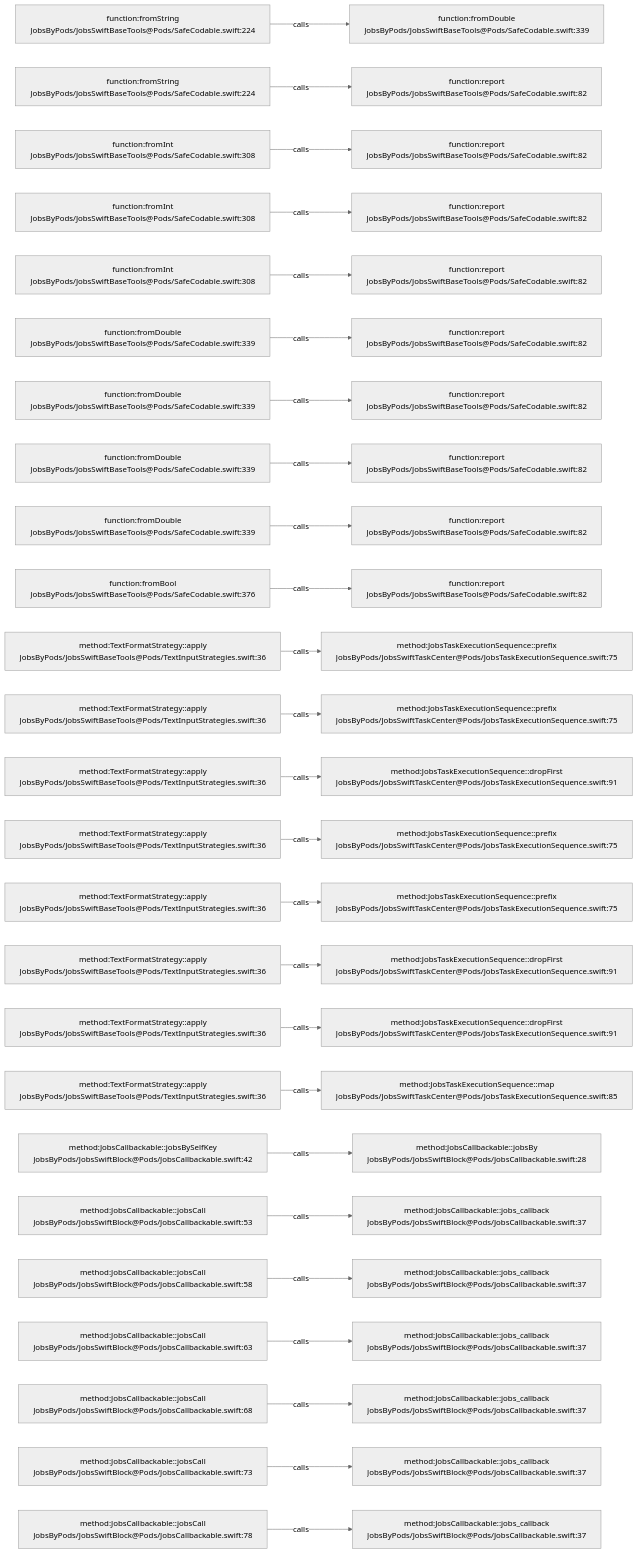
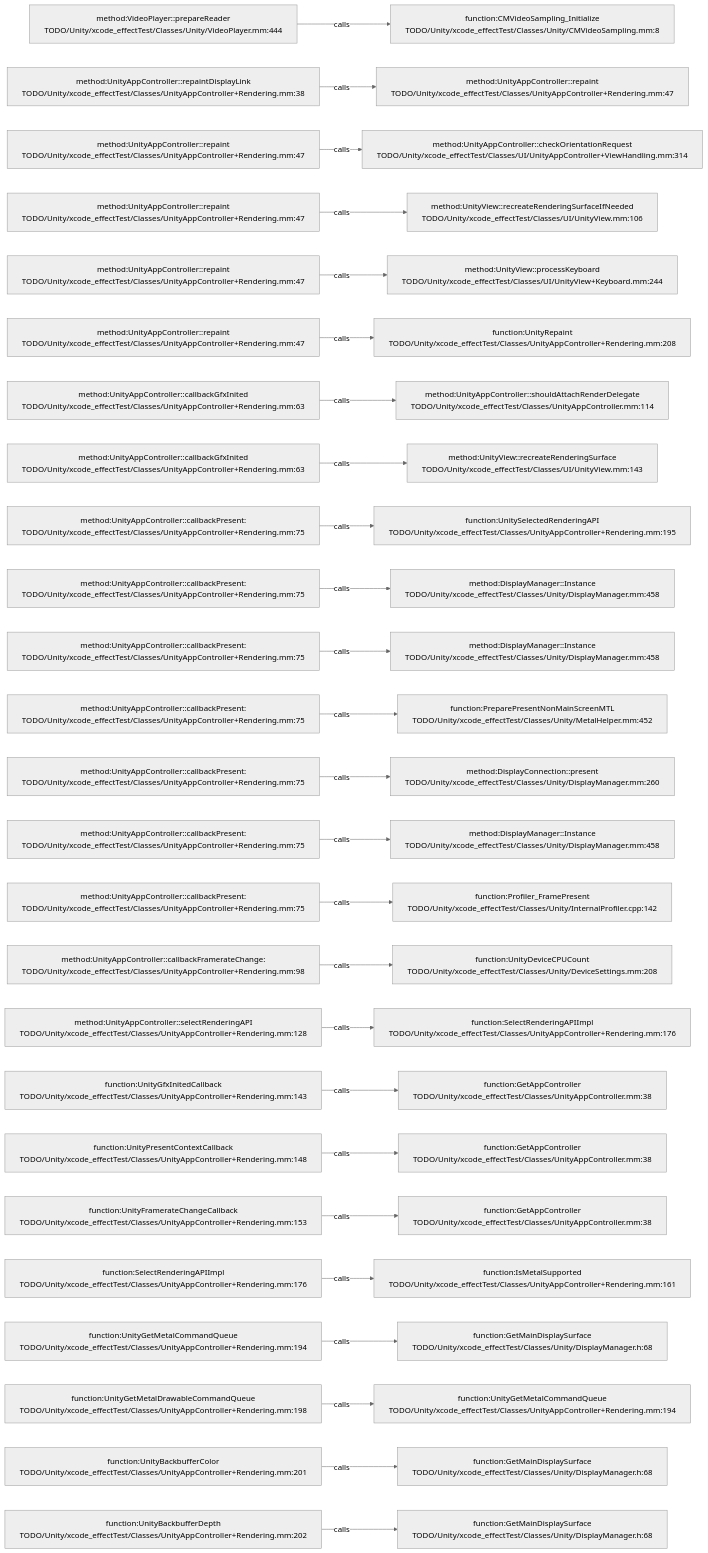
Before and after one commit to JobsKits/JobsSwiftBaseConfigDemo: the diagram in .codegraph/codegraph.md/graphs/calls-047.md, drawn with Mermaid (neutral theme). The commit also changed 227 other files, not shown here.

````diff
--- a/.codegraph/codegraph.md/graphs/calls-047.md
+++ b/.codegraph/codegraph.md/graphs/calls-047.md
@@ -13,78 +13,78 @@
 ```mermaid
 flowchart LR
-  S1["function:fromString<br/>JobsByPods/JobsSwiftBaseTools@Pods/SafeCodable.swift:224"]
-  T1["function:fromDouble<br/>JobsByPods/JobsSwiftBaseTools@Pods/SafeCodable.swift:339"]
+  S1["method:VideoPlayer::prepareReader<br/>TODO/Unity/xcode_effectTest/Classes/Unity/VideoPlayer.mm:444"]
+  T1["function:CMVideoSampling_Initialize<br/>TODO/Unity/xcode_effectTest/Classes/Unity/CMVideoSampling.mm:8"]
   S1 -->|calls| T1
-  S2["function:fromString<br/>JobsByPods/JobsSwiftBaseTools@Pods/SafeCodable.swift:224"]
-  T2["function:report<br/>JobsByPods/JobsSwiftBaseTools@Pods/SafeCodable.swift:82"]
+  S2["method:UnityAppController::repaintDisplayLink<br/>TODO/Unity/xcode_effectTest/Classes/UnityAppController+Rendering.mm:38"]
+  T2["method:UnityAppController::repaint<br/>TODO/Unity/xcode_effectTest/Classes/UnityAppController+Rendering.mm:47"]
   S2 -->|calls| T2
-  S3["function:fromInt<br/>JobsByPods/JobsSwiftBaseTools@Pods/SafeCodable.swift:308"]
-  T3["function:report<br/>JobsByPods/JobsSwiftBaseTools@Pods/SafeCodable.swift:82"]
+  S3["method:UnityAppController::repaint<br/>TODO/Unity/xcode_effectTest/Classes/UnityAppController+Rendering.mm:47"]
+  T3["method:UnityAppController::checkOrientationRequest<br/>TODO/Unity/xcode_effectTest/Classes/UI/UnityAppController+ViewHandling.mm:314"]
   S3 -->|calls| T3
-  S4["function:fromInt<br/>JobsByPods/JobsSwiftBaseTools@Pods/SafeCodable.swift:308"]
-  T4["function:report<br/>JobsByPods/JobsSwiftBaseTools@Pods/SafeCodable.swift:82"]
+  S4["method:UnityAppController::repaint<br/>TODO/Unity/xcode_effectTest/Classes/UnityAppController+Rendering.mm:47"]
+  T4["method:UnityView::recreateRenderingSurfaceIfNeeded<br/>TODO/Unity/xcode_effectTest/Classes/UI/UnityView.mm:106"]
   S4 -->|calls| T4
-  S5["function:fromInt<br/>JobsByPods/JobsSwiftBaseTools@Pods/SafeCodable.swift:308"]
-  T5["function:report<br/>JobsByPods/JobsSwiftBaseTools@Pods/SafeCodable.swift:82"]
+  S5["method:UnityAppController::repaint<br/>TODO/Unity/xcode_effectTest/Classes/UnityAppController+Rendering.mm:47"]
+  T5["method:UnityView::processKeyboard<br/>TODO/Unity/xcode_effectTest/Classes/UI/UnityView+Keyboard.mm:244"]
   S5 -->|calls| T5
-  S6["function:fromDouble<br/>JobsByPods/JobsSwiftBaseTools@Pods/SafeCodable.swift:339"]
-  T6["function:report<br/>JobsByPods/JobsSwiftBaseTools@Pods/SafeCodable.swift:82"]
+  S6["method:UnityAppController::repaint<br/>TODO/Unity/xcode_effectTest/Classes/UnityAppController+Rendering.mm:47"]
+  T6["function:UnityRepaint<br/>TODO/Unity/xcode_effectTest/Classes/UnityAppController+Rendering.mm:208"]
   S6 -->|calls| T6
-  S7["function:fromDouble<br/>JobsByPods/JobsSwiftBaseTools@Pods/SafeCodable.swift:339"]
-  T7["function:report<br/>JobsByPods/JobsSwiftBaseTools@Pods/SafeCodable.swift:82"]
+  S7["method:UnityAppController::callbackGfxInited<br/>TODO/Unity/xcode_effectTest/Classes/UnityAppController+Rendering.mm:63"]
+  T7["method:UnityAppController::shouldAttachRenderDelegate<br/>TODO/Unity/xcode_effectTest/Classes/UnityAppController.mm:114"]
   S7 -->|calls| T7
-  S8["function:fromDouble<br/>JobsByPods/JobsSwiftBaseTools@Pods/SafeCodable.swift:339"]
-  T8["function:report<br/>JobsByPods/JobsSwiftBaseTools@Pods/SafeCodable.swift:82"]
+  S8["method:UnityAppController::callbackGfxInited<br/>TODO/Unity/xcode_effectTest/Classes/UnityAppController+Rendering.mm:63"]
+  T8["method:UnityView::recreateRenderingSurface<br/>TODO/Unity/xcode_effectTest/Classes/UI/UnityView.mm:143"]
   S8 -->|calls| T8
-  S9["function:fromDouble<br/>JobsByPods/JobsSwiftBaseTools@Pods/SafeCodable.swift:339"]
-  T9["function:report<br/>JobsByPods/JobsSwiftBaseTools@Pods/SafeCodable.swift:82"]
+  S9["method:UnityAppController::callbackPresent:<br/>TODO/Unity/xcode_effectTest/Classes/UnityAppController+Rendering.mm:75"]
+  T9["function:UnitySelectedRenderingAPI<br/>TODO/Unity/xcode_effectTest/Classes/UnityAppController+Rendering.mm:195"]
   S9 -->|calls| T9
-  S10["function:fromBool<br/>JobsByPods/JobsSwiftBaseTools@Pods/SafeCodable.swift:376"]
-  T10["function:report<br/>JobsByPods/JobsSwiftBaseTools@Pods/SafeCodable.swift:82"]
+  S10["method:UnityAppController::callbackPresent:<br/>TODO/Unity/xcode_effectTest/Classes/UnityAppController+Rendering.mm:75"]
+  T10["method:DisplayManager::Instance<br/>TODO/Unity/xcode_effectTest/Classes/Unity/DisplayManager.mm:458"]
   S10 -->|calls| T10
-  S11["method:TextFormatStrategy::apply<br/>JobsByPods/JobsSwiftBaseTools@Pods/TextInputStrategies.swift:36"]
-  T11["method:JobsTaskExecutionSequence::prefix<br/>JobsByPods/JobsSwiftTaskCenter@Pods/JobsTaskExecutionSequence.swift:75"]
+  S11["method:UnityAppController::callbackPresent:<br/>TODO/Unity/xcode_effectTest/Classes/UnityAppController+Rendering.mm:75"]
+  T11["method:DisplayManager::Instance<br/>TODO/Unity/xcode_effectTest/Classes/Unity/DisplayManager.mm:458"]
   S11 -->|calls| T11
-  S12["method:TextFormatStrategy::apply<br/>JobsByPods/JobsSwiftBaseTools@Pods/TextInputStrategies.swift:36"]
-  T12["method:JobsTaskExecutionSequence::prefix<br/>JobsByPods/JobsSwiftTaskCenter@Pods/JobsTaskExecutionSequence.swift:75"]
+  S12["method:UnityAppController::callbackPresent:<br/>TODO/Unity/xcode_effectTest/Classes/UnityAppController+Rendering.mm:75"]
+  T12["function:PreparePresentNonMainScreenMTL<br/>TODO/Unity/xcode_effectTest/Classes/Unity/MetalHelper.mm:452"]
   S12 -->|calls| T12
-  S13["method:TextFormatStrategy::apply<br/>JobsByPods/JobsSwiftBaseTools@Pods/TextInputStrategies.swift:36"]
-  T13["method:JobsTaskExecutionSequence::dropFirst<br/>JobsByPods/JobsSwiftTaskCenter@Pods/JobsTaskExecutionSequence.swift:91"]
+  S13["method:UnityAppController::callbackPresent:<br/>TODO/Unity/xcode_effectTest/Classes/UnityAppController+Rendering.mm:75"]
+  T13["method:DisplayConnection::present<br/>TODO/Unity/xcode_effectTest/Classes/Unity/DisplayManager.mm:260"]
   S13 -->|calls| T13
-  S14["method:TextFormatStrategy::apply<br/>JobsByPods/JobsSwiftBaseTools@Pods/TextInputStrategies.swift:36"]
-  T14["method:JobsTaskExecutionSequence::prefix<br/>JobsByPods/JobsSwiftTaskCenter@Pods/JobsTaskExecutionSequence.swift:75"]
+  S14["method:UnityAppController::callbackPresent:<br/>TODO/Unity/xcode_effectTest/Classes/UnityAppController+Rendering.mm:75"]
+  T14["method:DisplayManager::Instance<br/>TODO/Unity/xcode_effectTest/Classes/Unity/DisplayManager.mm:458"]
   S14 -->|calls| T14
-  S15["method:TextFormatStrategy::apply<br/>JobsByPods/JobsSwiftBaseTools@Pods/TextInputStrategies.swift:36"]
-  T15["method:JobsTaskExecutionSequence::prefix<br/>JobsByPods/JobsSwiftTaskCenter@Pods/JobsTaskExecutionSequence.swift:75"]
+  S15["method:UnityAppController::callbackPresent:<br/>TODO/Unity/xcode_effectTest/Classes/UnityAppController+Rendering.mm:75"]
+  T15["function:Profiler_FramePresent<br/>TODO/Unity/xcode_effectTest/Classes/Unity/InternalProfiler.cpp:142"]
   S15 -->|calls| T15
-  S16["method:TextFormatStrategy::apply<br/>JobsByPods/JobsSwiftBaseTools@Pods/TextInputStrategies.swift:36"]
-  T16["method:JobsTaskExecutionSequence::dropFirst<br/>JobsByPods/JobsSwiftTaskCenter@Pods/JobsTaskExecutionSequence.swift:91"]
+  S16["method:UnityAppController::callbackFramerateChange:<br/>TODO/Unity/xcode_effectTest/Classes/UnityAppController+Rendering.mm:98"]
+  T16["function:UnityDeviceCPUCount<br/>TODO/Unity/xcode_effectTest/Classes/Unity/DeviceSettings.mm:208"]
   S16 -->|calls| T16
-  S17["method:TextFormatStrategy::apply<br/>JobsByPods/JobsSwiftBaseTools@Pods/TextInputStrategies.swift:36"]
-  T17["method:JobsTaskExecutionSequence::dropFirst<br/>JobsByPods/JobsSwiftTaskCenter@Pods/JobsTaskExecutionSequence.swift:91"]
+  S17["method:UnityAppController::selectRenderingAPI<br/>TODO/Unity/xcode_effectTest/Classes/UnityAppController+Rendering.mm:128"]
+  T17["function:SelectRenderingAPIImpl<br/>TODO/Unity/xcode_effectTest/Classes/UnityAppController+Rendering.mm:176"]
   S17 -->|calls| T17
-  S18["method:TextFormatStrategy::apply<br/>JobsByPods/JobsSwiftBaseTools@Pods/TextInputStrategies.swift:36"]
-  T18["method:JobsTaskExecutionSequence::map<br/>JobsByPods/JobsSwiftTaskCenter@Pods/JobsTaskExecutionSequence.swift:85"]
+  S18["function:UnityGfxInitedCallback<br/>TODO/Unity/xcode_effectTest/Classes/UnityAppController+Rendering.mm:143"]
+  T18["function:GetAppController<br/>TODO/Unity/xcode_effectTest/Classes/UnityAppController.mm:38"]
   S18 -->|calls| T18
-  S19["method:JobsCallbackable::jobsBySelfKey<br/>JobsByPods/JobsSwiftBlock@Pods/JobsCallbackable.swift:42"]
-  T19["method:JobsCallbackable::jobsBy<br/>JobsByPods/JobsSwiftBlock@Pods/JobsCallbackable.swift:28"]
+  S19["function:UnityPresentContextCallback<br/>TODO/Unity/xcode_effectTest/Classes/UnityAppController+Rendering.mm:148"]
+  T19["function:GetAppController<br/>TODO/Unity/xcode_effectTest/Classes/UnityAppController.mm:38"]
   S19 -->|calls| T19
-  S20["method:JobsCallbackable::jobsCall<br/>JobsByPods/JobsSwiftBlock@Pods/JobsCallbackable.swift:53"]
-  T20["method:JobsCallbackable::jobs_callback<br/>JobsByPods/JobsSwiftBlock@Pods/JobsCallbackable.swift:37"]
+  S20["function:UnityFramerateChangeCallback<br/>TODO/Unity/xcode_effectTest/Classes/UnityAppController+Rendering.mm:153"]
+  T20["function:GetAppController<br/>TODO/Unity/xcode_effectTest/Classes/UnityAppController.mm:38"]
   S20 -->|calls| T20
-  S21["method:JobsCallbackable::jobsCall<br/>JobsByPods/JobsSwiftBlock@Pods/JobsCallbackable.swift:58"]
-  T21["method:JobsCallbackable::jobs_callback<br/>JobsByPods/JobsSwiftBlock@Pods/JobsCallbackable.swift:37"]
+  S21["function:SelectRenderingAPIImpl<br/>TODO/Unity/xcode_effectTest/Classes/UnityAppController+Rendering.mm:176"]
+  T21["function:IsMetalSupported<br/>TODO/Unity/xcode_effectTest/Classes/UnityAppController+Rendering.mm:161"]
   S21 -->|calls| T21
-  S22["method:JobsCallbackable::jobsCall<br/>JobsByPods/JobsSwiftBlock@Pods/JobsCallbackable.swift:63"]
-  T22["method:JobsCallbackable::jobs_callback<br/>JobsByPods/JobsSwiftBlock@Pods/JobsCallbackable.swift:37"]
+  S22["function:UnityGetMetalCommandQueue<br/>TODO/Unity/xcode_effectTest/Classes/UnityAppController+Rendering.mm:194"]
+  T22["function:GetMainDisplaySurface<br/>TODO/Unity/xcode_effectTest/Classes/Unity/DisplayManager.h:68"]
   S22 -->|calls| T22
-  S23["method:JobsCallbackable::jobsCall<br/>JobsByPods/JobsSwiftBlock@Pods/JobsCallbackable.swift:68"]
-  T23["method:JobsCallbackable::jobs_callback<br/>JobsByPods/JobsSwiftBlock@Pods/JobsCallbackable.swift:37"]
+  S23["function:UnityGetMetalDrawableCommandQueue<br/>TODO/Unity/xcode_effectTest/Classes/UnityAppController+Rendering.mm:198"]
+  T23["function:UnityGetMetalCommandQueue<br/>TODO/Unity/xcode_effectTest/Classes/UnityAppController+Rendering.mm:194"]
   S23 -->|calls| T23
-  S24["method:JobsCallbackable::jobsCall<br/>JobsByPods/JobsSwiftBlock@Pods/JobsCallbackable.swift:73"]
-  T24["method:JobsCallbackable::jobs_callback<br/>JobsByPods/JobsSwiftBlock@Pods/JobsCallbackable.swift:37"]
+  S24["function:UnityBackbufferColor<br/>TODO/Unity/xcode_effectTest/Classes/UnityAppController+Rendering.mm:201"]
+  T24["function:GetMainDisplaySurface<br/>TODO/Unity/xcode_effectTest/Classes/Unity/DisplayManager.h:68"]
   S24 -->|calls| T24
-  S25["method:JobsCallbackable::jobsCall<br/>JobsByPods/JobsSwiftBlock@Pods/JobsCallbackable.swift:78"]
-  T25["method:JobsCallbackable::jobs_callback<br/>JobsByPods/JobsSwiftBlock@Pods/JobsCallbackable.swift:37"]
+  S25["function:UnityBackbufferDepth<br/>TODO/Unity/xcode_effectTest/Classes/UnityAppController+Rendering.mm:202"]
+  T25["function:GetMainDisplaySurface<br/>TODO/Unity/xcode_effectTest/Classes/Unity/DisplayManager.h:68"]
   S25 -->|calls| T25
 ```
````
